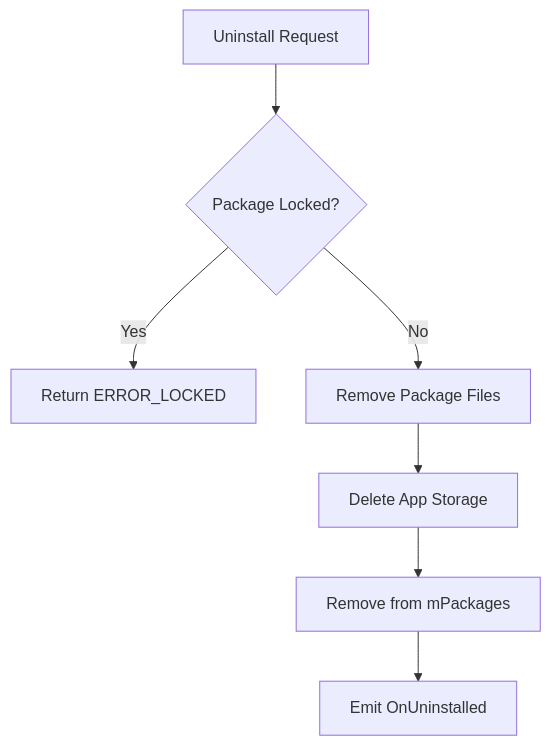
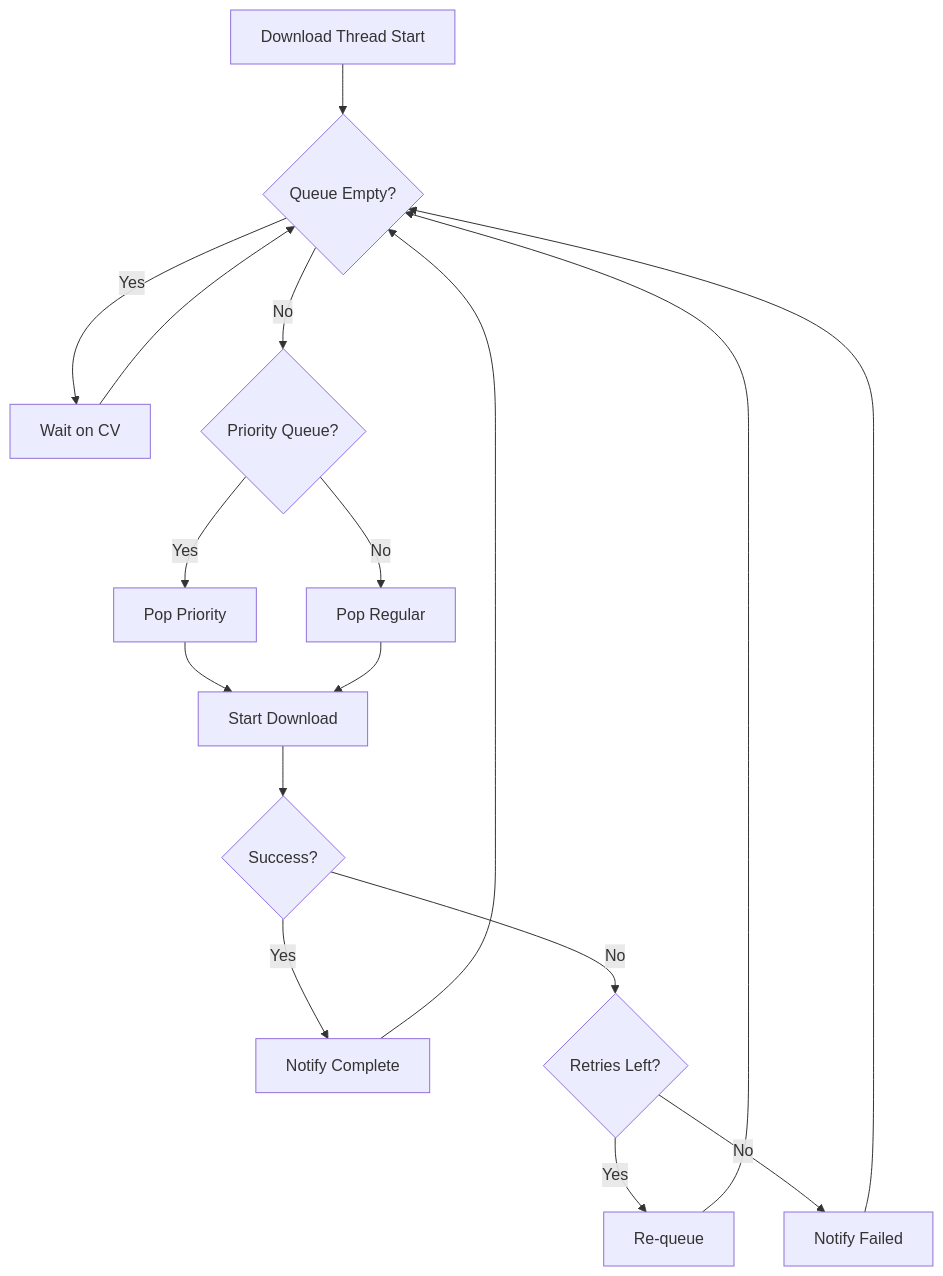
One commit to rdkcentral/entservices-appmanagers changed the sixth of 8 diagrams in PackageManager/PackageManager.md. Above: the diagram before and after it, drawn with Mermaid. The commit also changed other lines of this file and 19 other files, not shown here.

````diff
--- a/PackageManager/PackageManager.md
+++ b/PackageManager/PackageManager.md
@@ -221,9 +400,19 @@
 ```mermaid
 flowchart TD
-    A[Uninstall Request] --> B{Package Locked?}
-    B -->|Yes| C[Return ERROR_LOCKED]
-    B -->|No| D[Remove Package Files]
-    D --> E[Delete App Storage]
-    E --> F[Remove from mPackages]
-    F --> G[Emit OnUninstalled]
+    A[Download Thread Start] --> B{Queue Empty?}
+    B -->|Yes| C[Wait on CV]
+    C --> B
+    B -->|No| D{Priority Queue?}
+    D -->|Yes| E[Pop Priority]
+    D -->|No| F[Pop Regular]
+    E --> G[Start Download]
+    F --> G
+    G --> H{Success?}
+    H -->|Yes| I[Notify Complete]
+    H -->|No| J{Retries Left?}
+    J -->|Yes| K[Re-queue]
+    J -->|No| L[Notify Failed]
+    I --> B
+    K --> B
+    L --> B
 ```
````
